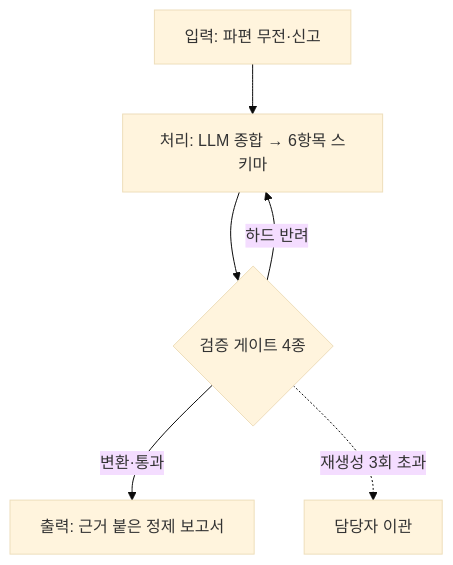
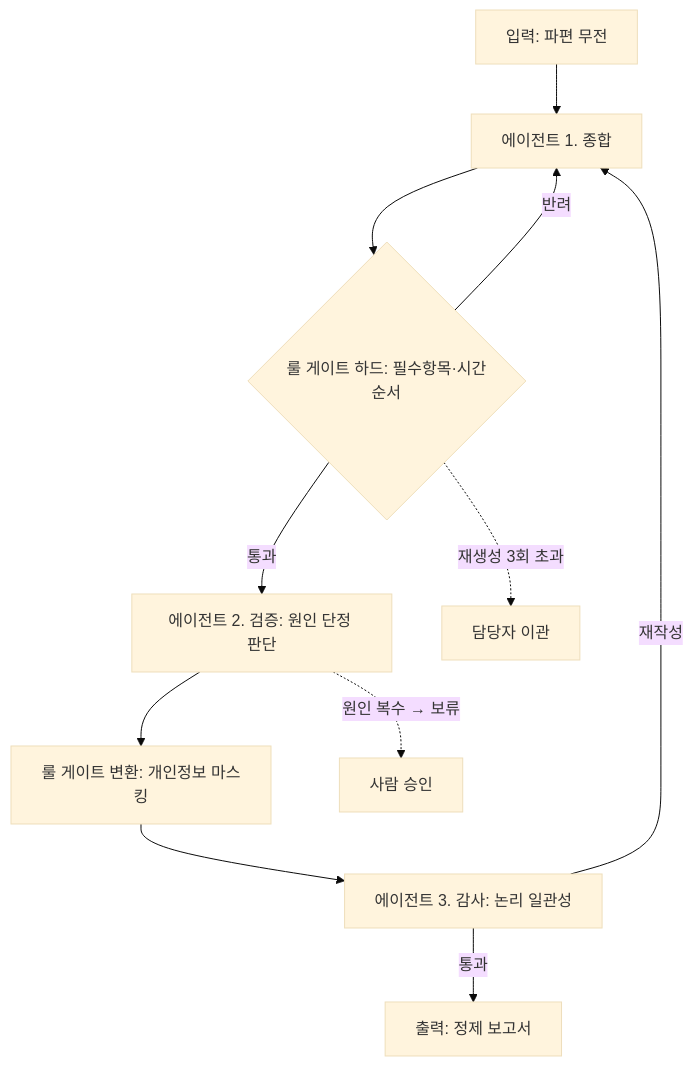
Before and after one commit to sunyoung119/119-sitrep-harness: the first of 2 diagrams in README.md, drawn with Mermaid (base theme). The commit also changed other lines of this file and 4 other files, not shown here.

````diff
--- a/README.md
+++ b/README.md
@@ -24,8 +32,13 @@
 ```mermaid
 flowchart TD
-    A["입력: 파편 무전·신고"] --> B["처리: LLM 종합 → 6항목 스키마"]
-    B --> C{"검증 게이트 4종"}
-    C -->|하드 반려| B
-    C -->|변환·통과| D["출력: 근거 붙은 정제 보고서"]
-    C -.->|재생성 3회 초과| E["담당자 이관"]
+    IN["입력: 파편 무전"] --> A1["에이전트 1. 종합"]
+    A1 --> G1{"룰 게이트 하드: 필수항목·시간순서"}
+    G1 -->|반려| A1
+    G1 -->|통과| A2["에이전트 2. 검증: 원인 단정 판단"]
+    A2 --> G2["룰 게이트 변환: 개인정보 마스킹"]
+    G2 --> A3["에이전트 3. 감사: 논리 일관성"]
+    A3 -->|재작성| A1
+    A3 -->|통과| OUT["출력: 정제 보고서"]
+    A2 -.->|원인 복수 → 보류| HUMAN["사람 승인"]
+    G1 -.->|재생성 3회 초과| ESC["담당자 이관"]
 ```
````
